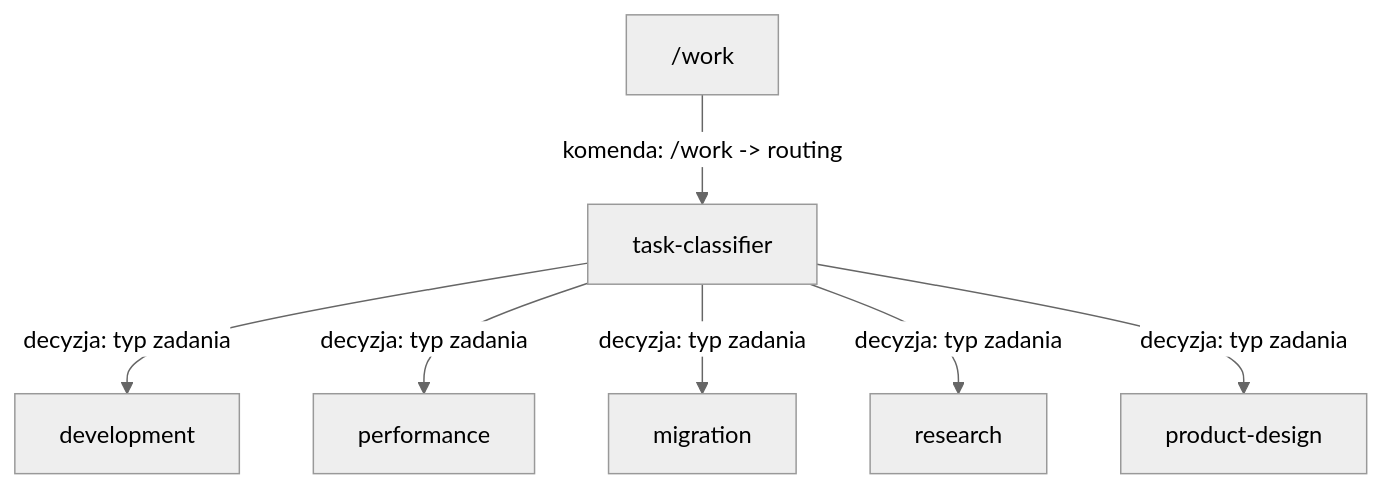
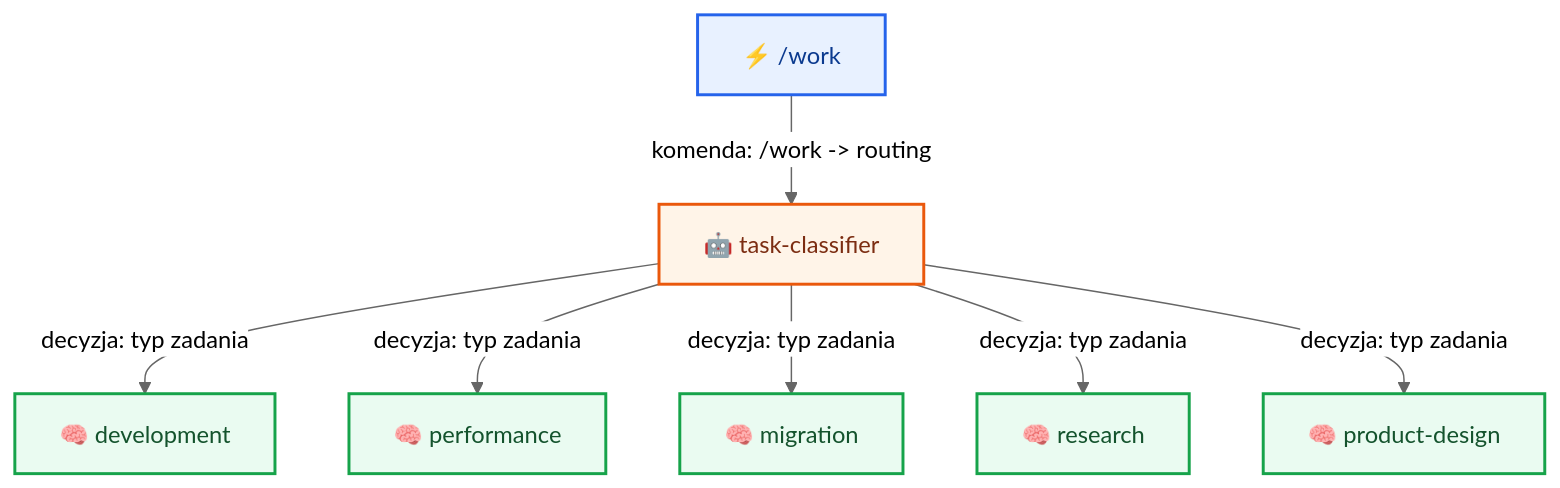
One commit to plucins/flowbit changed the first of 10 diagrams in docs/flow/workflows.md. Above: the diagram before and after it, drawn with Mermaid (neutral theme). The commit also changed other lines of this file and 1 other file, not shown here.

Commit message:
Enhance mermaid diagrams with icons and improved formatting in overview and workflows documentation

````diff
--- a/docs/flow/workflows.md
+++ b/docs/flow/workflows.md
@@ -26,9 +26,16 @@
 ```mermaid
 graph TD
-  WORK["/work"] -- "komenda: /work -> routing" --> CLASS["task-classifier"]
-  CLASS -- "decyzja: typ zadania" --> DEV["development"]
-  CLASS -- "decyzja: typ zadania" --> PERF["performance"]
-  CLASS -- "decyzja: typ zadania" --> MIG["migration"]
-  CLASS -- "decyzja: typ zadania" --> RES["research"]
-  CLASS -- "decyzja: typ zadania" --> PD["product-design"]
+  WORK["⚡ /work"] -- "komenda: /work -> routing" --> CLASS["🤖 task-classifier"]
+  CLASS -- "decyzja: typ zadania" --> DEV["🧠 development"]
+  CLASS -- "decyzja: typ zadania" --> PERF["🧠 performance"]
+  CLASS -- "decyzja: typ zadania" --> MIG["🧠 migration"]
+  CLASS -- "decyzja: typ zadania" --> RES["🧠 research"]
+  CLASS -- "decyzja: typ zadania" --> PD["🧠 product-design"]
+
+  classDef cmd fill:#E8F1FF,stroke:#2563EB,stroke-width:2px,color:#0B3A8F;
+  classDef skill fill:#EAFBF1,stroke:#16A34A,stroke-width:2px,color:#14532D;
+  classDef agent fill:#FFF4E8,stroke:#EA580C,stroke-width:2px,color:#7C2D12;
+  class WORK cmd;
+  class DEV,PERF,MIG,RES,PD skill;
+  class CLASS agent;
 ```
````
